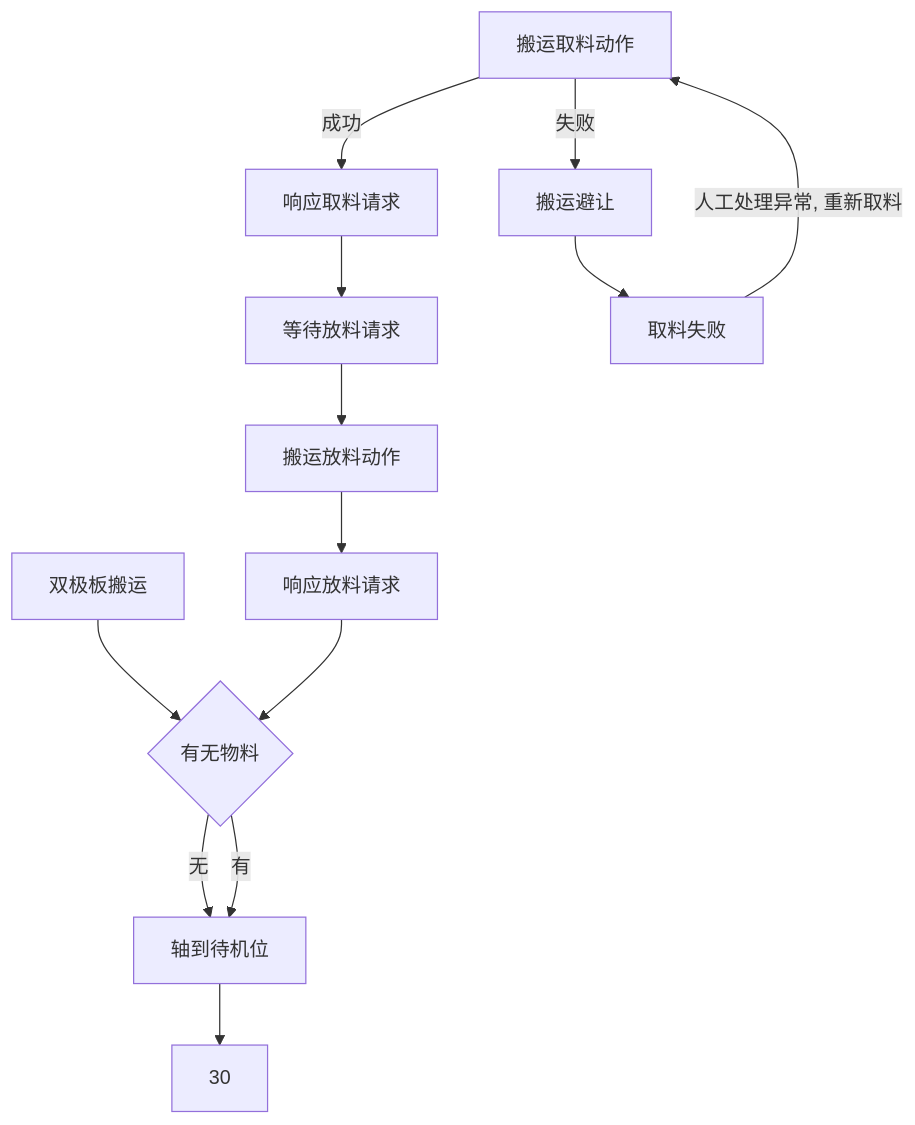
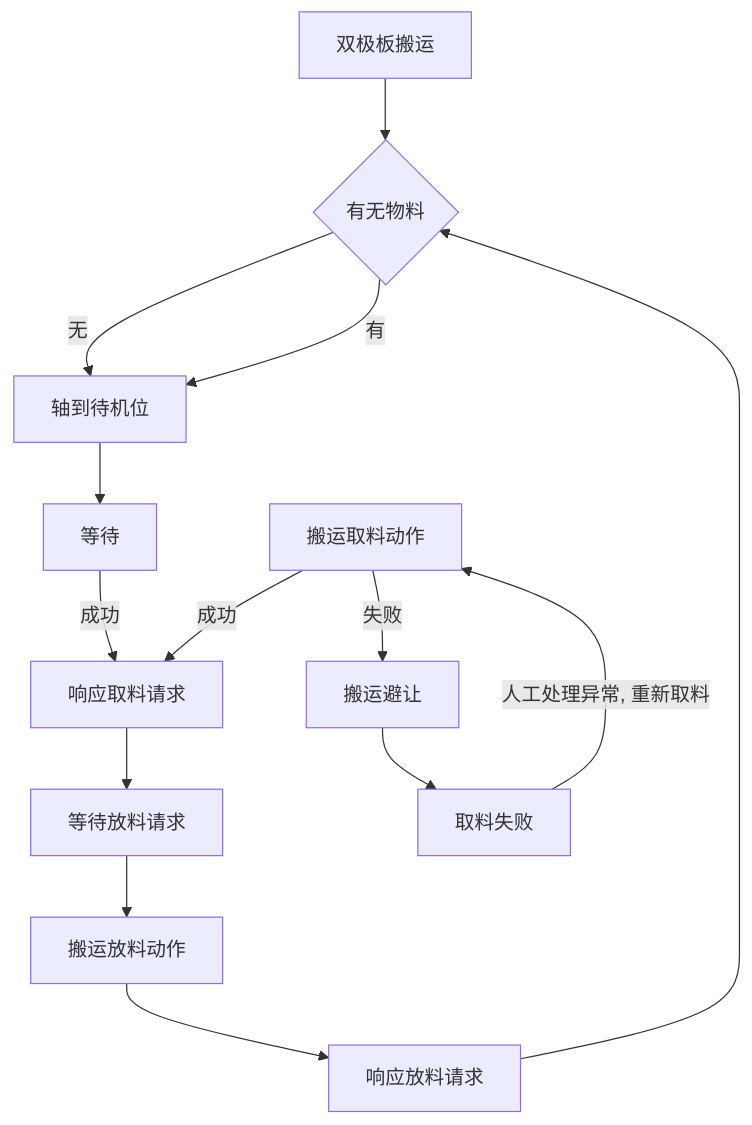
Before and after one commit to PengKun1/iodraw-files: the diagram in all/未命名-1.md, drawn with Mermaid.

Commit message:
2024-08-20 11:00:04 update

````diff
--- a/all/未命名-1.md
+++ b/all/未命名-1.md
@@ -1,18 +1,18 @@
 ```mermaid
 graph TD
 0[双极板搬运]-->10
 10{有无物料}-->|无|20
 10-->|有|20
 20[轴到待机位]-->30
-
+30[等待]-->|成功|50
 40[搬运取料动作]-->|成功|50
 40-->|失败|90
 50[响应取料请求]-->60
 60[等待放料请求]-->70
 70[搬运放料动作]-->80
 80[响应放料请求]-->10
 
 90[搬运避让]-->900
 
 900[取料失败]-->|人工处理异常, 重新取料|40
 ```
````
